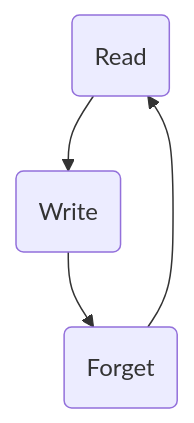
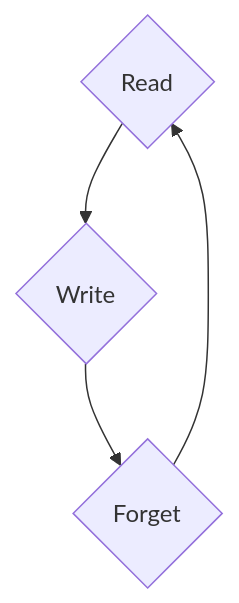
One commit to pseudonano/pseudonano changed the diagram in README.md. Above: the diagram before and after it, drawn with Mermaid.

````diff
--- a/README.md
+++ b/README.md
@@ -2,6 +2,6 @@
 ```mermaid
 graph TD
-  A(Read) --> B(Write);
-  B(Write) --> C(Forget);
-  C(Forget) --> A(Read);
+  A{Read} --> B{Write};
+  B{Write} --> C{Forget};
+  C{Forget} --> A{Read};
 ```
````
